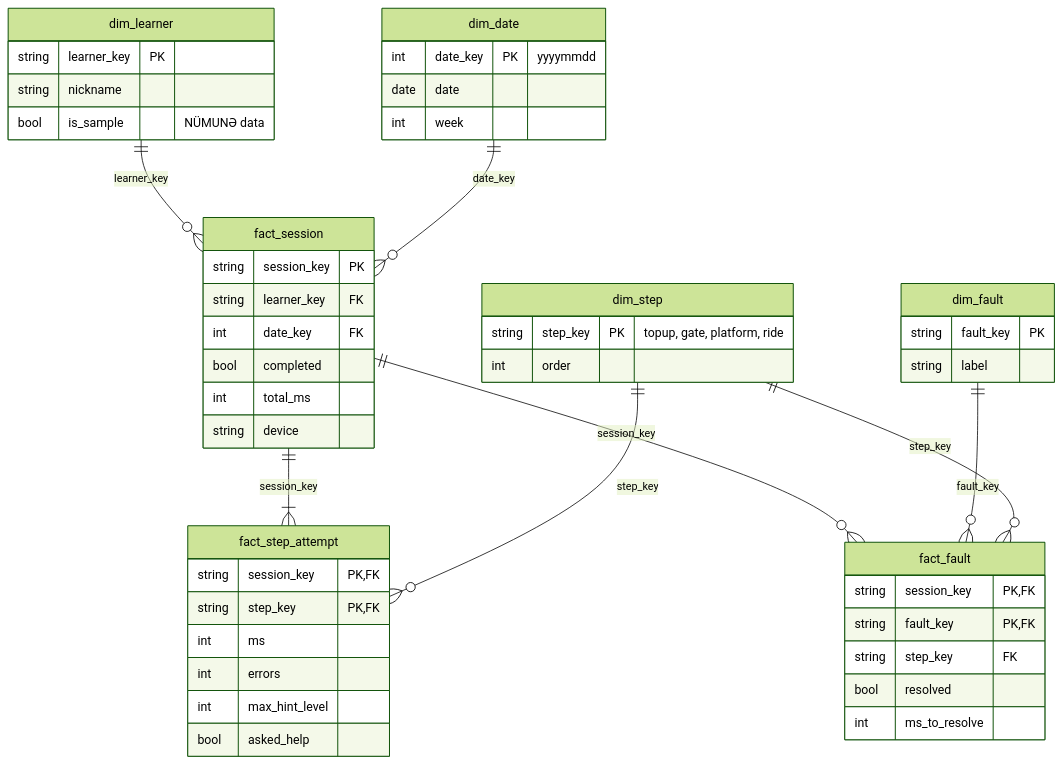
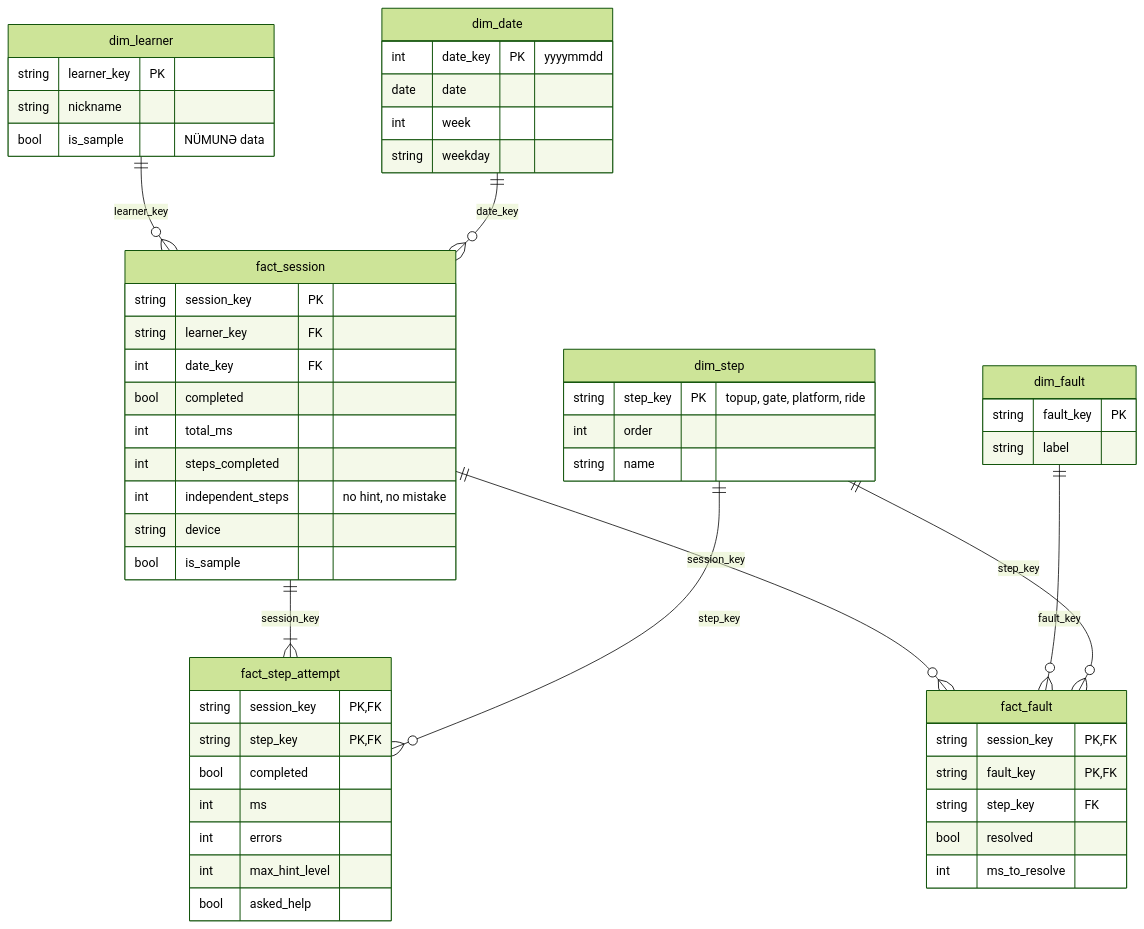
The third of 3 diagrams in README.md (metinmehdi/Artemis-UMATE), drawn with Mermaid (forest theme) before and after one commit. The commit also changed other lines of this file and 1 other file, not shown here.

````diff
--- a/README.md
+++ b/README.md
@@ -161,51 +169,57 @@
 ```mermaid
 erDiagram
     dim_learner {
         string learner_key PK
         string nickname
         bool is_sample "NÜMUNƏ data"
     }
     dim_step {
         string step_key PK "topup, gate, platform, ride"
         int order
+        string name
     }
     dim_fault {
         string fault_key PK
         string label
     }
     dim_date {
         int date_key PK "yyyymmdd"
         date date
         int week
+        string weekday
     }
     fact_session {
         string session_key PK
         string learner_key FK
         int date_key FK
         bool completed
         int total_ms
+        int steps_completed
+        int independent_steps "no hint, no mistake"
         string device
+        bool is_sample
     }
     fact_step_attempt {
         string session_key PK, FK
         string step_key PK, FK
+        bool completed
         int ms
         int errors
         int max_hint_level
         bool asked_help
     }
     fact_fault {
         string session_key PK, FK
         string fault_key PK, FK
         string step_key FK
         bool resolved
         int ms_to_resolve
     }
     dim_learner ||--o{ fact_session : "learner_key"
     dim_date ||--o{ fact_session : "date_key"
     fact_session ||--|{ fact_step_attempt : "session_key"
     dim_step ||--o{ fact_step_attempt : "step_key"
     fact_session ||--o{ fact_fault : "session_key"
     dim_fault ||--o{ fact_fault : "fault_key"
     dim_step ||--o{ fact_fault : "step_key"
 ```
````
